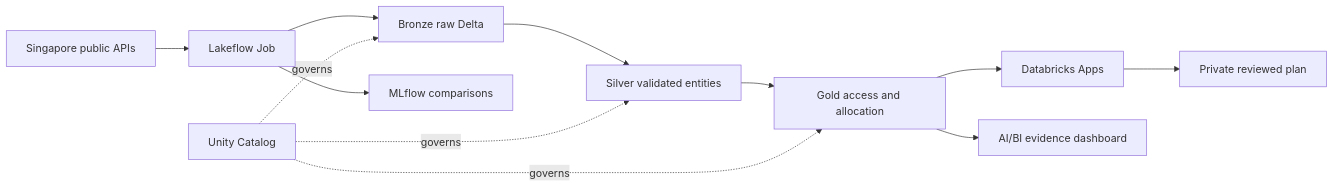
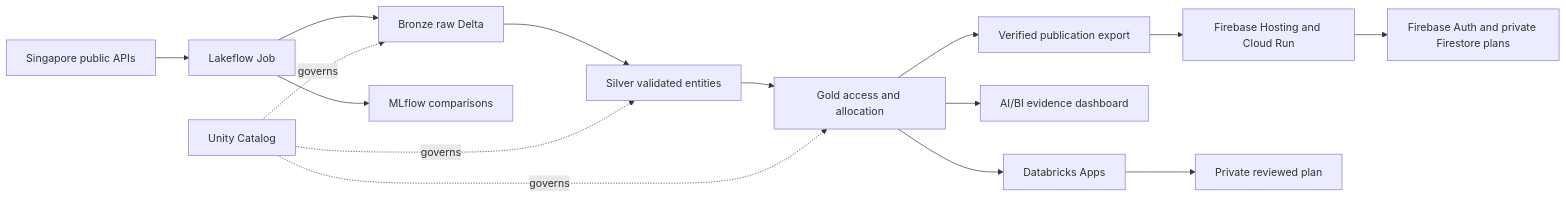
One commit to shi1720/DAISI changed the diagram in README.md. Above: the diagram before and after it, drawn with Mermaid. The commit also changed other lines of this file and 47 other files, not shown here.

````diff
--- a/README.md
+++ b/README.md
@@ -71,14 +76,17 @@
 ```mermaid
 flowchart LR
   A[Singapore public APIs] --> B[Lakeflow Job]
   B --> C[Bronze raw Delta]
   C --> D[Silver validated entities]
   D --> E[Gold access and allocation]
   E --> F[Databricks Apps]
   E --> G[AI/BI evidence dashboard]
+  E --> K[Verified publication export]
+  K --> L[Firebase Hosting and Cloud Run]
+  L --> M[Firebase Auth and private Firestore plans]
   B --> H[MLflow comparisons]
   I[Unity Catalog] -. governs .-> C
   I -. governs .-> D
   I -. governs .-> E
   F --> J[Private reviewed plan]
 ```
````
